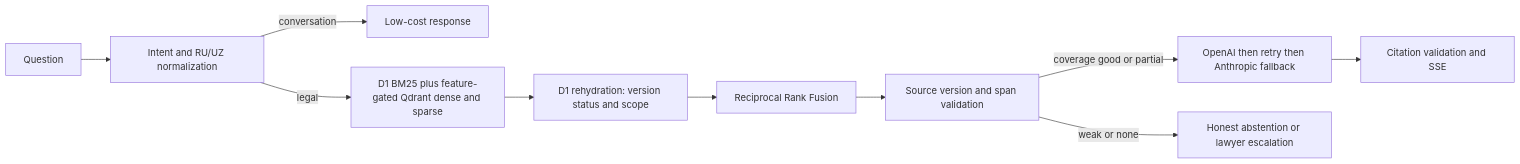
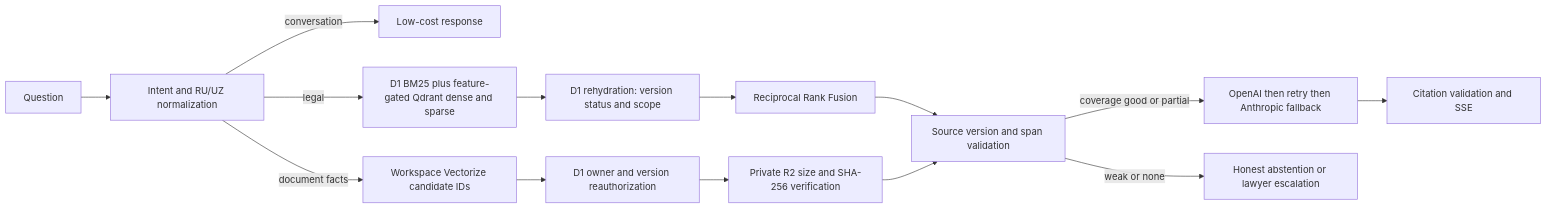
One commit to MoozUpus/juro changed the diagram in docs/integrations/huquq-ai/ARCHITECTURE.md. Above: the diagram before and after it, drawn with Mermaid. The commit also changed other lines of this file and 22 other files, not shown here.

Commit message:
feat: ground AI facts in private documents

````diff
--- a/docs/integrations/huquq-ai/ARCHITECTURE.md
+++ b/docs/integrations/huquq-ai/ARCHITECTURE.md
@@ -3,12 +3,16 @@
 ```mermaid
 flowchart LR
   Q[Question] --> P[Intent and RU/UZ normalization]
   P -->|conversation| C[Low-cost response]
   P -->|legal| R[D1 BM25 plus feature-gated Qdrant dense and sparse]
+  P -->|document facts| U[Workspace Vectorize candidate IDs]
+  U --> UA[D1 owner and version reauthorization]
+  UA --> UR[Private R2 size and SHA-256 verification]
   R --> H[D1 rehydration: version status and scope]
   H --> F[Reciprocal Rank Fusion]
   F --> V[Source version and span validation]
+  UR --> V
   V -->|coverage good or partial| G[OpenAI then retry then Anthropic fallback]
   V -->|weak or none| A[Honest abstention or lawyer escalation]
   G --> CITE[Citation validation and SSE]
 ```
````
